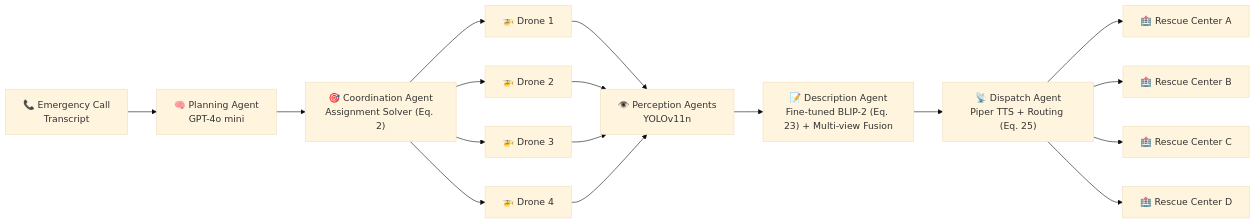
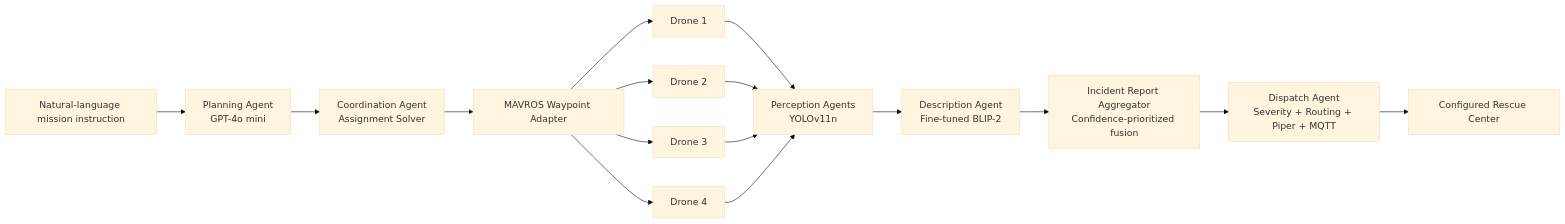
Before and after one commit to afaq005/Multi_Drone_Accident_Management: the diagram in README.md, drawn with Mermaid (base theme). The commit also changed other lines of this file, not shown here.

````diff
--- a/README.md
+++ b/README.md
@@ -38,16 +46,23 @@
 ```mermaid
 flowchart LR
-    A["📞 Emergency Call<br/>Transcript"] --> B["🧠 Planning Agent<br/>GPT-4o mini"]
-    B --> C["🎯 Coordination Agent<br/>Assignment Solver (Eq. 2)"]
-    C --> D1["🚁 Drone 1"]
-    C --> D2["🚁 Drone 2"]
-    C --> D3["🚁 Drone 3"]
-    C --> D4["🚁 Drone 4"]
-    D1 & D2 & D3 & D4 --> E["👁️ Perception Agents<br/>YOLOv11n"]
-    E --> F["📝 Description Agent<br/>Fine-tuned BLIP-2 (Eq. 23) + Multi-view Fusion"]
-    F --> G["📡 Dispatch Agent<br/>Piper TTS + Routing (Eq. 25)"]
-    G --> H1["🏥 Rescue Center A"]
-    G --> H2["🏥 Rescue Center B"]
-    G --> H3["🏥 Rescue Center C"]
-    G --> H4["🏥 Rescue Center D"]
+    A["Natural-language mission instruction"] --> B["Planning Agent<br/>GPT-4o mini"]
+
+    B --> C["Coordination Agent<br/>Assignment Solver"]
+
+    C --> M["MAVROS Waypoint Adapter"]
+
+    M --> D1["Drone 1"]
+    M --> D2["Drone 2"]
+    M --> D3["Drone 3"]
+    M --> D4["Drone 4"]
+
+    D1 & D2 & D3 & D4 --> E["Perception Agents<br/>YOLOv11n"]
+
+    E --> F["Description Agent<br/>Fine-tuned BLIP-2"]
+
+    F --> AG["Incident Report Aggregator<br/>Confidence-prioritized fusion"]
+
+    AG --> G["Dispatch Agent<br/>Severity + Routing + Piper + MQTT"]
+
+    G --> H["Configured Rescue Center"]
 ```
````
